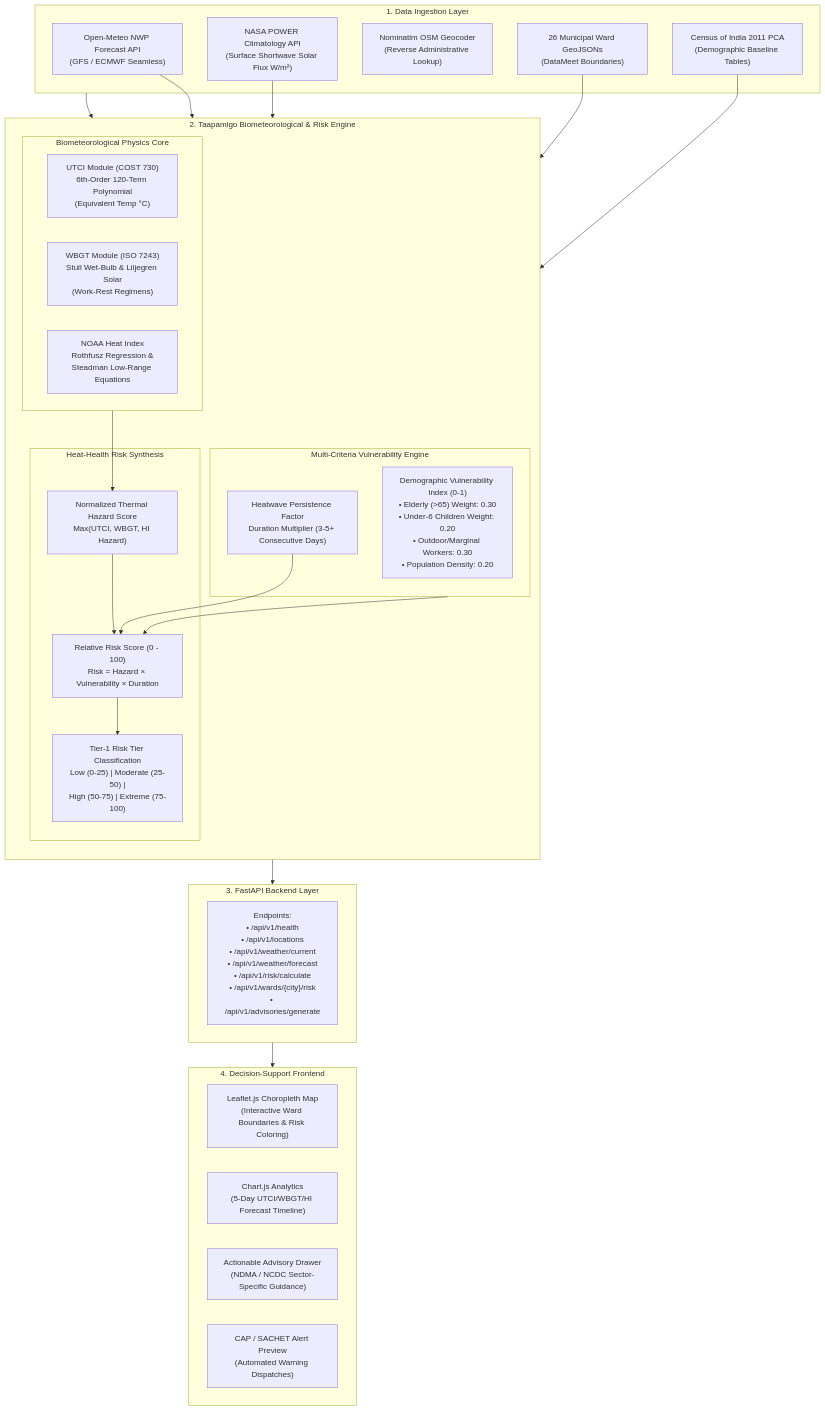
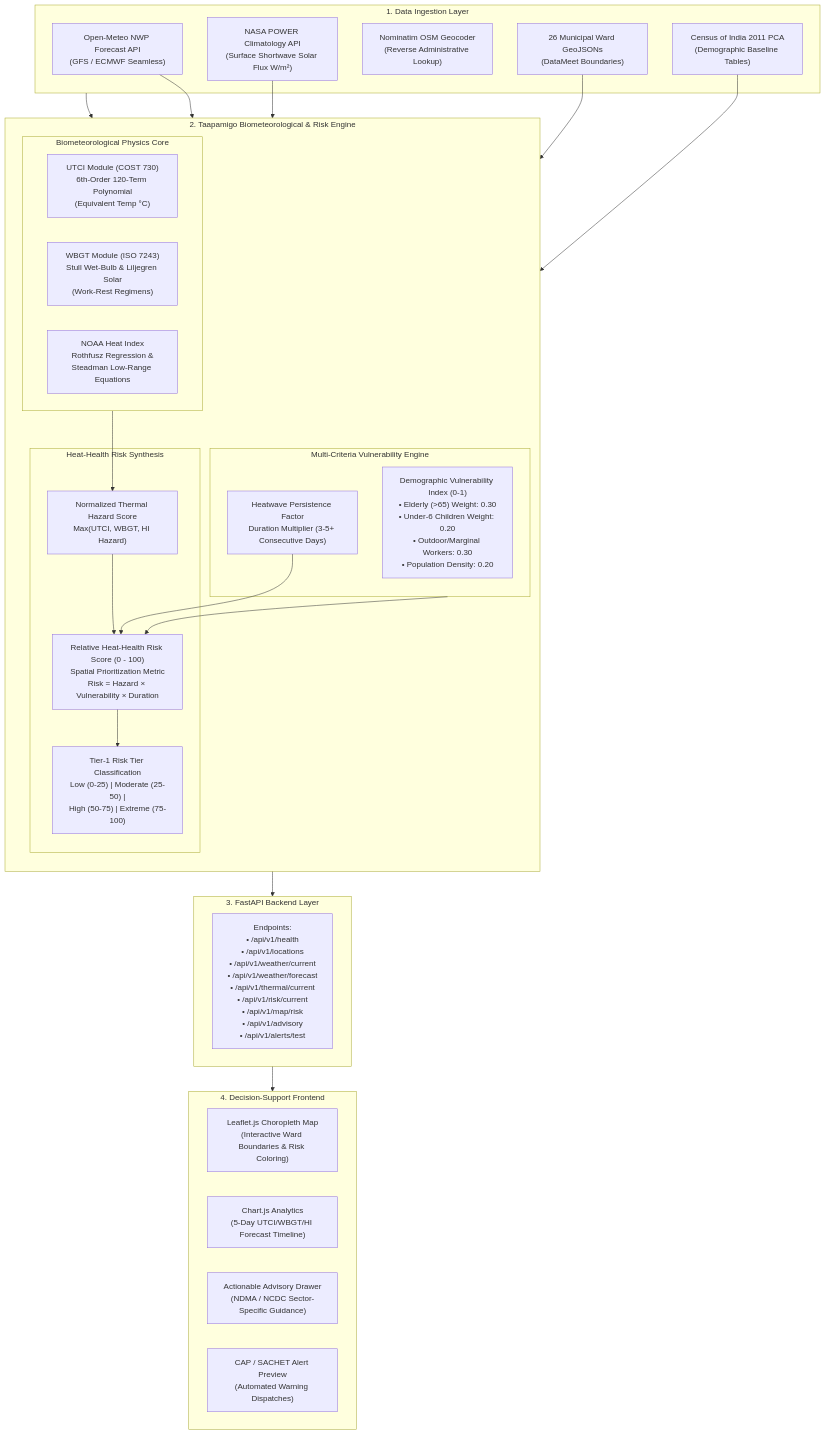
One commit to Lovish-creator/sih-heat-risk changed the diagram in README.md. Above: the diagram before and after it, drawn with Mermaid. The commit also changed other lines of this file and 1 other file, not shown here.

````diff
--- a/README.md
+++ b/README.md
@@ -52,52 +62,52 @@
 ```mermaid
 flowchart TD
     subgraph DataIngestion ["1. Data Ingestion Layer"]
         OM["Open-Meteo NWP Forecast API\n(GFS / ECMWF Seamless)"]
         NP["NASA POWER Climatology API\n(Surface Shortwave Solar Flux W/m²)"]
         GEO["Nominatim OSM Geocoder\n(Reverse Administrative Lookup)"]
         DM["26 Municipal Ward GeoJSONs\n(DataMeet Boundaries)"]
         CENSUS["Census of India 2011 PCA\n(Demographic Baseline Tables)"]
     end
 
     subgraph CoreEngine ["2. Taapamigo Biometeorological & Risk Engine"]
         direction TB
         subgraph BioPhys ["Biometeorological Physics Core"]
             UTCI["UTCI Module (COST 730)\n6th-Order 120-Term Polynomial\n(Equivalent Temp °C)"]
             WBGT["WBGT Module (ISO 7243)\nStull Wet-Bulb & Liljegren Solar\n(Work-Rest Regimens)"]
             HI["NOAA Heat Index\nRothfusz Regression &\nSteadman Low-Range Equations"]
         end
         subgraph Vulnerability ["Multi-Criteria Vulnerability Engine"]
             VULN["Demographic Vulnerability Index (0-1)\n• Elderly (>65) Weight: 0.30\n• Under-6 Children Weight: 0.20\n• Outdoor/Marginal Workers: 0.30\n• Population Density: 0.20"]
             DUR["Heatwave Persistence Factor\nDuration Multiplier (3-5+ Consecutive Days)"]
         end
         subgraph RiskCalc ["Heat-Health Risk Synthesis"]
             HAZ["Normalized Thermal Hazard Score\nMax(UTCI, WBGT, HI Hazard)"]
-            RR["Relative Risk Score (0 - 100)\nRisk = Hazard × Vulnerability × Duration"]
+            RR["Relative Heat-Health Risk Score (0 - 100)\nSpatial Prioritization Metric\nRisk = Hazard × Vulnerability × Duration"]
             CLASS["Tier-1 Risk Tier Classification\nLow (0-25) | Moderate (25-50) |\nHigh (50-75) | Extreme (75-100)"]
         end
     end
 
     subgraph API ["3. FastAPI Backend Layer"]
-        ENDPOINTS["Endpoints:\n• /api/v1/health\n• /api/v1/locations\n• /api/v1/weather/current\n• /api/v1/weather/forecast\n• /api/v1/risk/calculate\n• /api/v1/wards/{city}/risk\n• /api/v1/advisories/generate"]
+        ENDPOINTS["Endpoints:\n• /api/v1/health\n• /api/v1/locations\n• /api/v1/weather/current\n• /api/v1/weather/forecast\n• /api/v1/thermal/current\n• /api/v1/risk/current\n• /api/v1/map/risk\n• /api/v1/advisory\n• /api/v1/alerts/test"]
     end
 
     subgraph Presentation ["4. Decision-Support Frontend"]
         LEAFLET["Leaflet.js Choropleth Map\n(Interactive Ward Boundaries & Risk Coloring)"]
         CHARTS["Chart.js Analytics\n(5-Day UTCI/WBGT/HI Forecast Timeline)"]
         DRAWER["Actionable Advisory Drawer\n(NDMA / NCDC Sector-Specific Guidance)"]
         CAP["CAP / SACHET Alert Preview\n(Automated Warning Dispatches)"]
     end
 
     DataIngestion --> CoreEngine
     OM --> BioPhys
     NP --> BioPhys
     DM --> Vulnerability
     CENSUS --> Vulnerability
     BioPhys --> HAZ
     Vulnerability --> RR
     HAZ --> RR
     DUR --> RR
     RR --> CLASS
     CoreEngine --> API
     API --> Presentation
 ```
````
